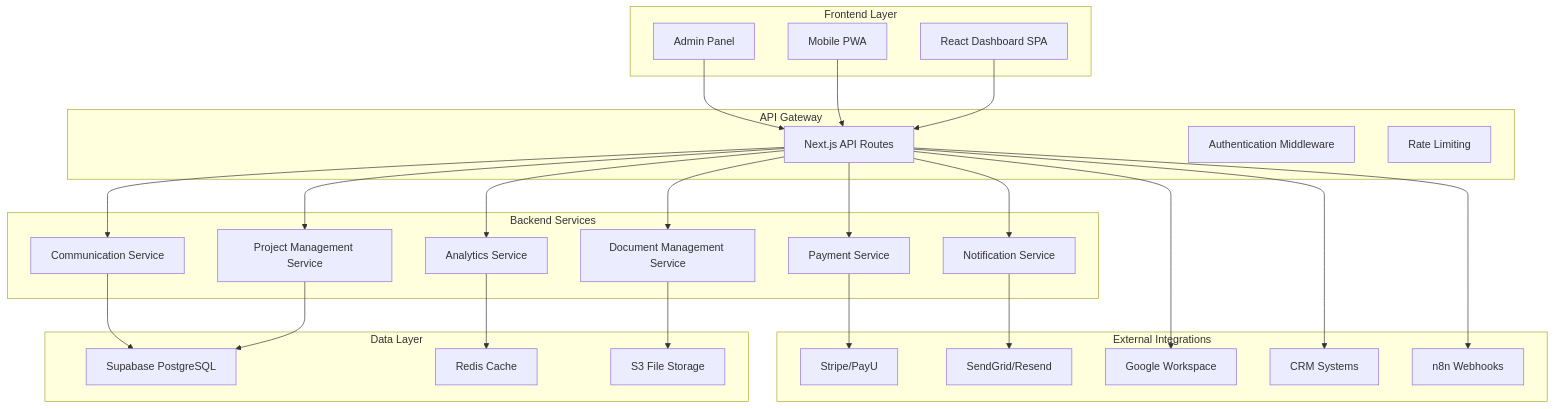
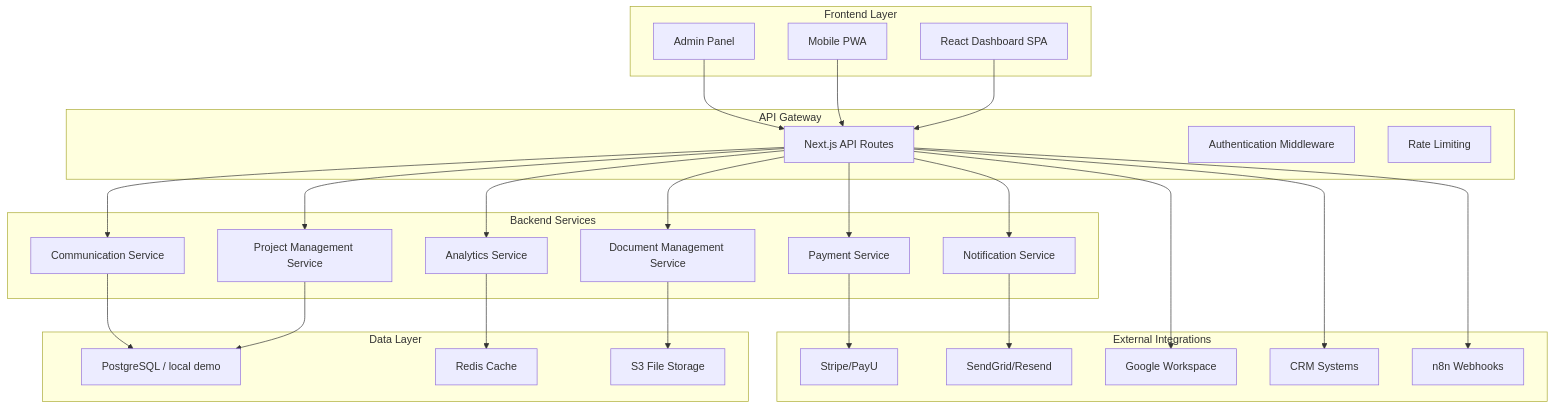
The first of 2 diagrams in .kiro/specs/client-dashboard-development/design.md (ecm-digital/ecmdigitalwebsite), drawn with Mermaid before and after one commit. The commit also changed other lines of this file and 23 other files, not shown here.

````diff
--- a/.kiro/specs/client-dashboard-development/design.md
+++ b/.kiro/specs/client-dashboard-development/design.md
@@ -11,56 +11,56 @@
 ```mermaid
 graph TB
     subgraph "Frontend Layer"
         A[React Dashboard SPA]
         B[Mobile PWA]
         C[Admin Panel]
     end
     
     subgraph "API Gateway"
         D[Next.js API Routes]
         E[Authentication Middleware]
         F[Rate Limiting]
     end
     
     subgraph "Backend Services"
         G[Project Management Service]
         H[Communication Service]
         I[Document Management Service]
         J[Payment Service]
         K[Analytics Service]
         L[Notification Service]
     end
     
     subgraph "Data Layer"
-        M[Supabase PostgreSQL]
+        M[PostgreSQL / local demo]
         N[Redis Cache]
         O[S3 File Storage]
     end
     
     subgraph "External Integrations"
         P[Stripe/PayU]
         Q[SendGrid/Resend]
         R[Google Workspace]
         S[CRM Systems]
         T[n8n Webhooks]
     end
     
     A --> D
     B --> D
     C --> D
     D --> G
     D --> H
     D --> I
     D --> J
     D --> K
     D --> L
     G --> M
     H --> M
     I --> O
     J --> P
     K --> N
     L --> Q
     D --> R
     D --> S
     D --> T
 ```
````
